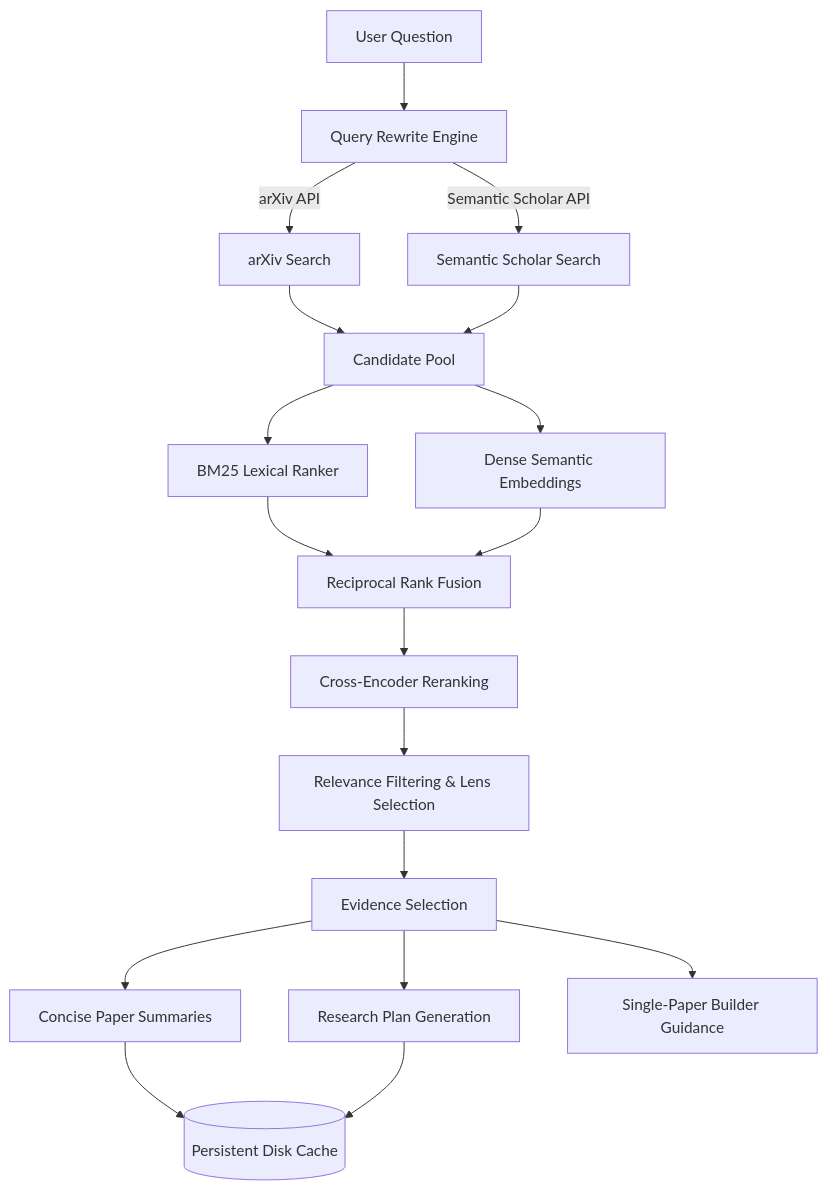
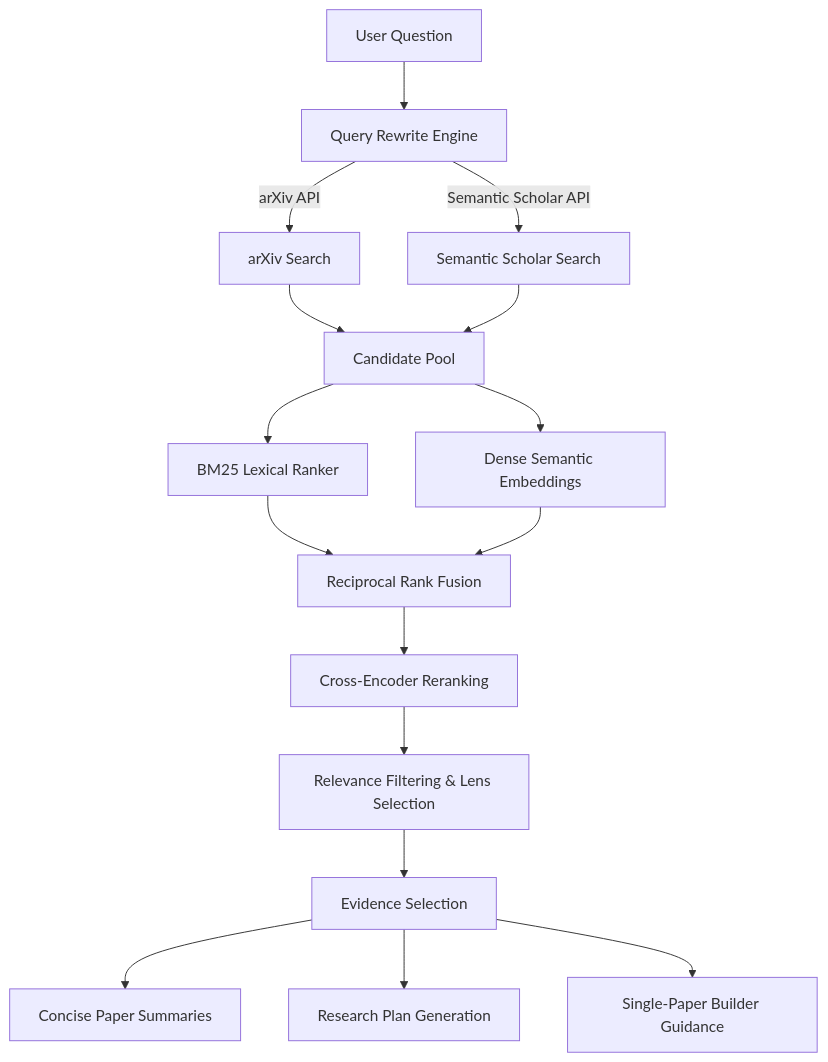
Before and after one commit to shreyshrivastava/AcademicForge: the diagram in README.md, drawn with Mermaid. The commit also changed other lines of this file and 10 other files, not shown here.

````diff
--- a/README.md
+++ b/README.md
@@ -94,20 +81,18 @@
 ```mermaid
 graph TD
     Question[User Question] --> QR[Query Rewrite Engine]
     QR -->|arXiv API| ArXiv[arXiv Search]
     QR -->|Semantic Scholar API| SemScholar[Semantic Scholar Search]
     ArXiv --> Pool[Candidate Pool]
     SemScholar --> Pool
     Pool --> BM25[BM25 Lexical Ranker]
     Pool --> Dense[Dense Semantic Embeddings]
     BM25 --> RRF[Reciprocal Rank Fusion]
     Dense --> RRF
     RRF --> Rerank[Cross-Encoder Reranking]
     Rerank --> Filter[Relevance Filtering & Lens Selection]
     Filter --> Ev[Evidence Selection]
     Ev --> Summary[Concise Paper Summaries]
     Ev --> Plan[Research Plan Generation]
     Ev --> Guidance[Single-Paper Builder Guidance]
-    Summary --> Cache[(Persistent Disk Cache)]
-    Plan --> Cache
 ```
````
